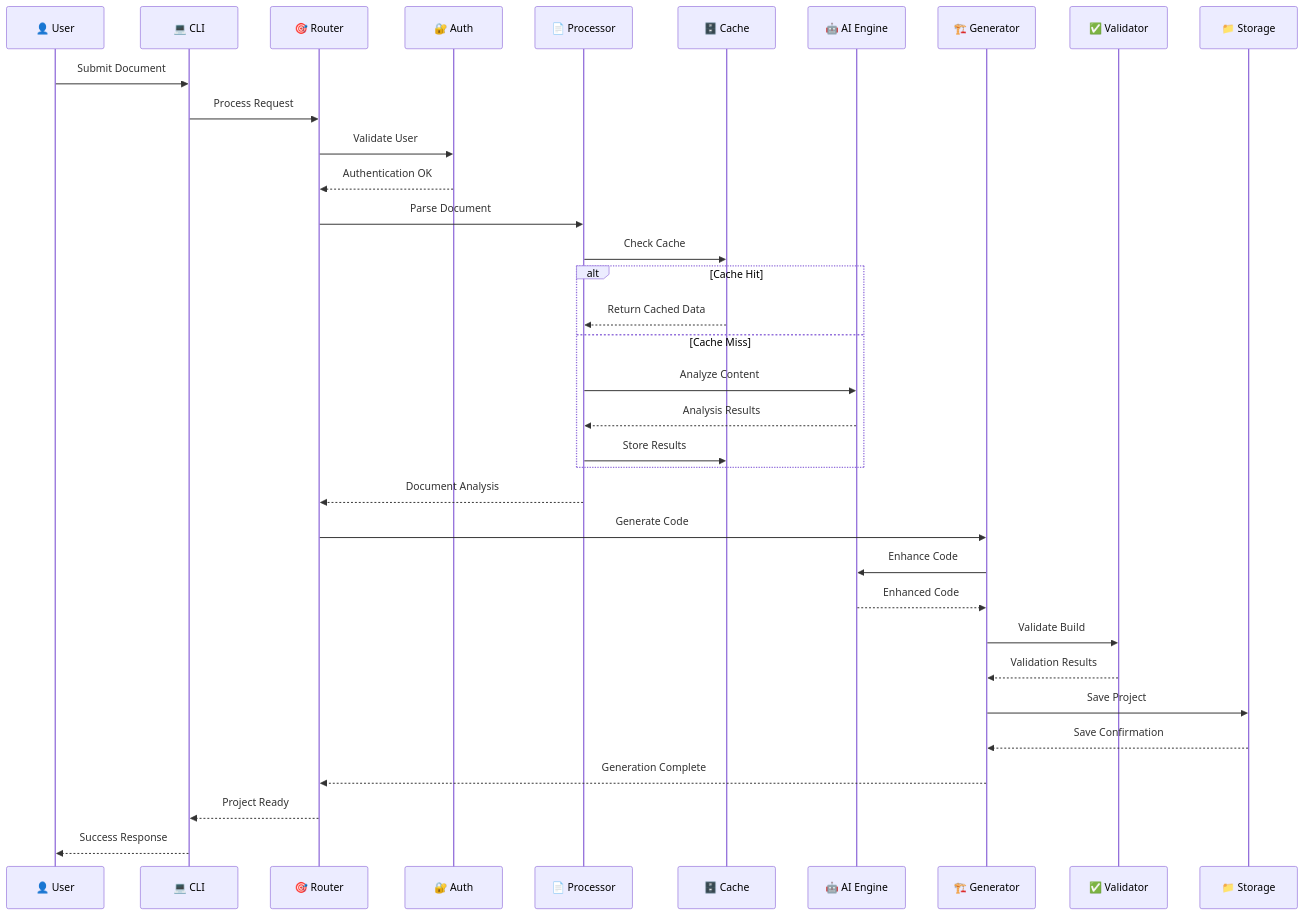
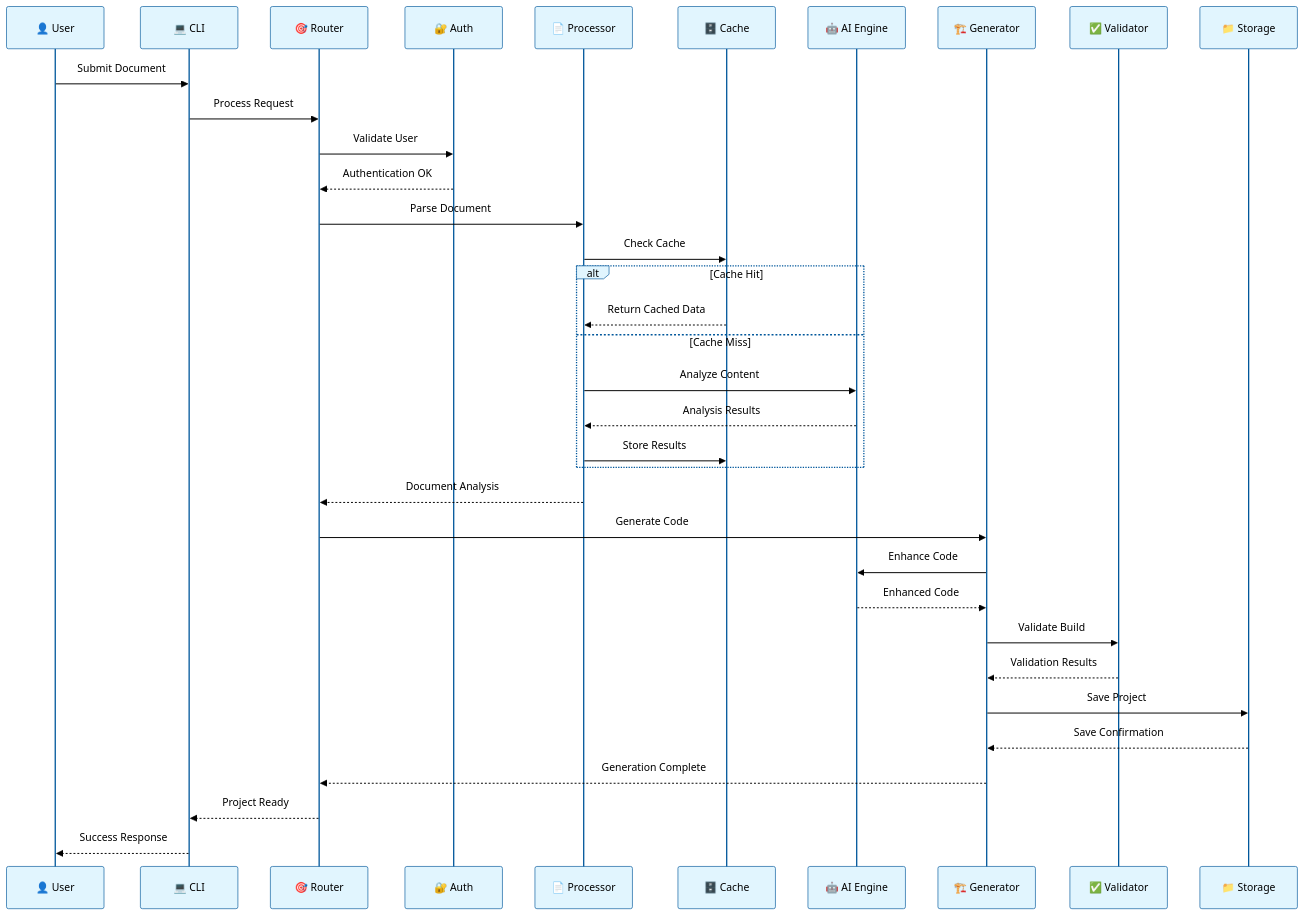
Before and after one commit to usemanusai/JAEGIS-AI-Web-OS: the eighth of 9 diagrams in docs/architecture/component-diagrams.md, drawn with Mermaid. The commit also changed other lines of this file, not shown here.

First line of the commit message:
fix: Make ALL Mermaid diagram arrows highly visible in component diagrams

````diff
--- a/docs/architecture/component-diagrams.md
+++ b/docs/architecture/component-diagrams.md
@@ -660,44 +830,45 @@
 ```mermaid
+%%{init: {'theme':'base', 'themeVariables': {'primaryColor':'#e1f5fe', 'primaryTextColor':'#000', 'primaryBorderColor':'#01579b', 'lineColor':'#ff0066', 'arrowheadColor':'#ff0066', 'edgeLabelBackground':'#ffffff', 'tertiaryColor':'#fff'}}}%%
 sequenceDiagram
     participant User as 👤 User
     participant CLI as 💻 CLI
     participant Router as 🎯 Router
     participant Auth as 🔐 Auth
     participant Processor as 📄 Processor
     participant Cache as 🗄️ Cache
     participant AI as 🤖 AI Engine
     participant Generator as 🏗️ Generator
     participant Validator as ✅ Validator
     participant Storage as 📁 Storage
     
     User->>CLI: Submit Document
     CLI->>Router: Process Request
     Router->>Auth: Validate User
     Auth-->>Router: Authentication OK
     
     Router->>Processor: Parse Document
     Processor->>Cache: Check Cache
     
     alt Cache Hit
         Cache-->>Processor: Return Cached Data
     else Cache Miss
         Processor->>AI: Analyze Content
         AI-->>Processor: Analysis Results
         Processor->>Cache: Store Results
     end
     
     Processor-->>Router: Document Analysis
     Router->>Generator: Generate Code
     Generator->>AI: Enhance Code
     AI-->>Generator: Enhanced Code
     
     Generator->>Validator: Validate Build
     Validator-->>Generator: Validation Results
     
     Generator->>Storage: Save Project
     Storage-->>Generator: Save Confirmation
     
     Generator-->>Router: Generation Complete
     Router-->>CLI: Project Ready
     CLI-->>User: Success Response
 ```
````
